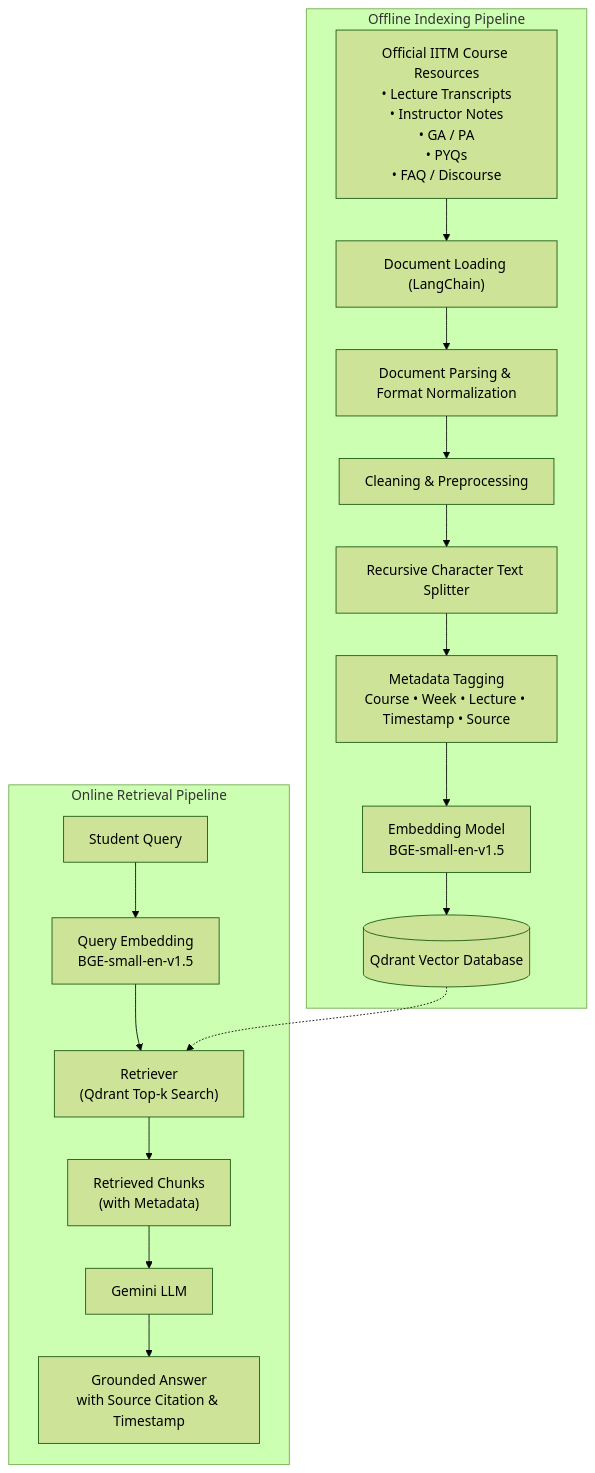
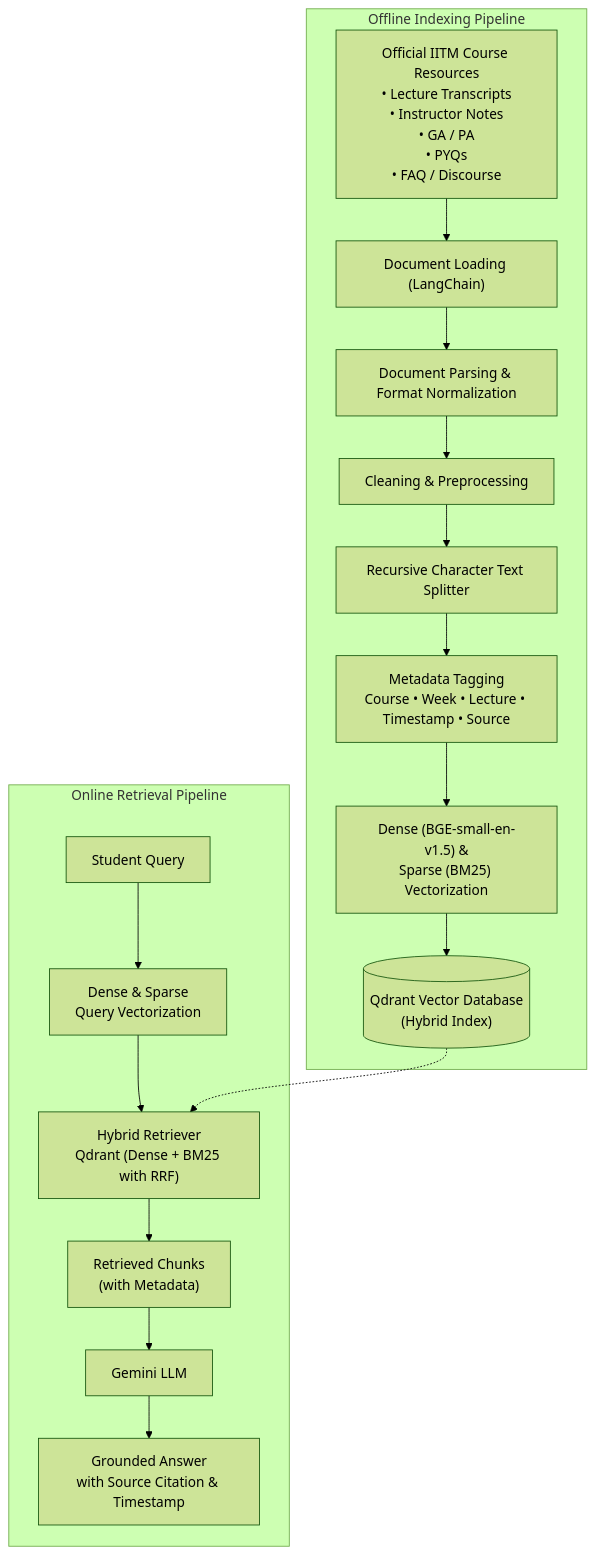
One commit to 22f3001825/Group-3-DS-and-AI-Lab-Project changed the diagram in Milestone report/Milestone 2/Milestone_2.md. Above: the diagram before and after it, drawn with Mermaid (forest theme). The commit also changed other lines of this file and 289 other files, not shown here.

````diff
--- a/Milestone report/Milestone 2/Milestone_2.md
+++ b/Milestone report/Milestone 2/Milestone_2.md
@@ -279,32 +279,32 @@
 ```mermaid
 flowchart TD
 
 subgraph OFF["Offline Indexing Pipeline"]
 
 A["Official IITM Course Resources<br/>• Lecture Transcripts<br/>• Instructor Notes<br/>• GA / PA<br/>• PYQs<br/>• FAQ / Discourse"]
 
 A --> B["Document Loading (LangChain)"]
 B --> C["Document Parsing & Format Normalization"]
 C --> D["Cleaning & Preprocessing"]
 D --> E["Recursive Character Text Splitter"]
 E --> F["Metadata Tagging<br/>Course • Week • Lecture • Timestamp • Source"]
-F --> G["Embedding Model<br/>BGE-small-en-v1.5"]
-G --> H[("Qdrant Vector Database")]
+F --> G["Dense (BGE-small-en-v1.5) &<br/>Sparse (BM25) Vectorization"]
+G --> H[("Qdrant Vector Database<br/>(Hybrid Index)")]
 
 end
 
 subgraph ON["Online Retrieval Pipeline"]
 
 I["Student Query"]
 
-I --> J["Query Embedding<br/>BGE-small-en-v1.5"]
-J --> K["Retriever<br/>(Qdrant Top-k Search)"]
+I --> J["Dense & Sparse<br/>Query Vectorization"]
+J --> K["Hybrid Retriever<br/>Qdrant (Dense + BM25 with RRF)"]
 
 H -.-> K
 
 K --> L["Retrieved Chunks<br/>(with Metadata)"]
 L --> M["Gemini LLM"]
 M --> N["Grounded Answer<br/>with Source Citation & Timestamp"]
 
 end
 ```
````
